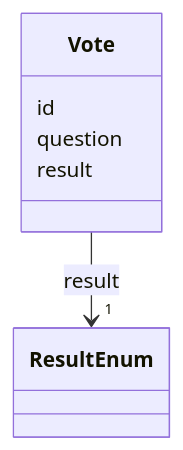
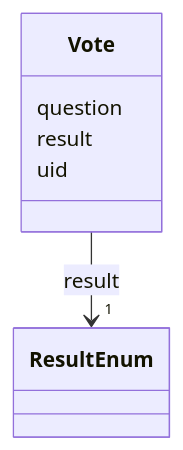
The diagram in tutorial/output/docs/vote.md (swiss/political-affairs-ech-group), drawn with Mermaid before and after one commit. The commit also changed other lines of this file and 2 other files, not shown here.

````diff
--- a/tutorial/output/docs/vote.md
+++ b/tutorial/output/docs/vote.md
@@ -14,19 +14,19 @@
 ```mermaid
  classDiagram
     class Vote
     click Vote href "../Vote"
-      Vote : id
-        
       Vote : question
         
       Vote : result
         
           
     
     
     Vote --> "1" ResultEnum : result
     click ResultEnum href "../ResultEnum"
 
         
+      Vote : uid
+        
       
 ```
````
